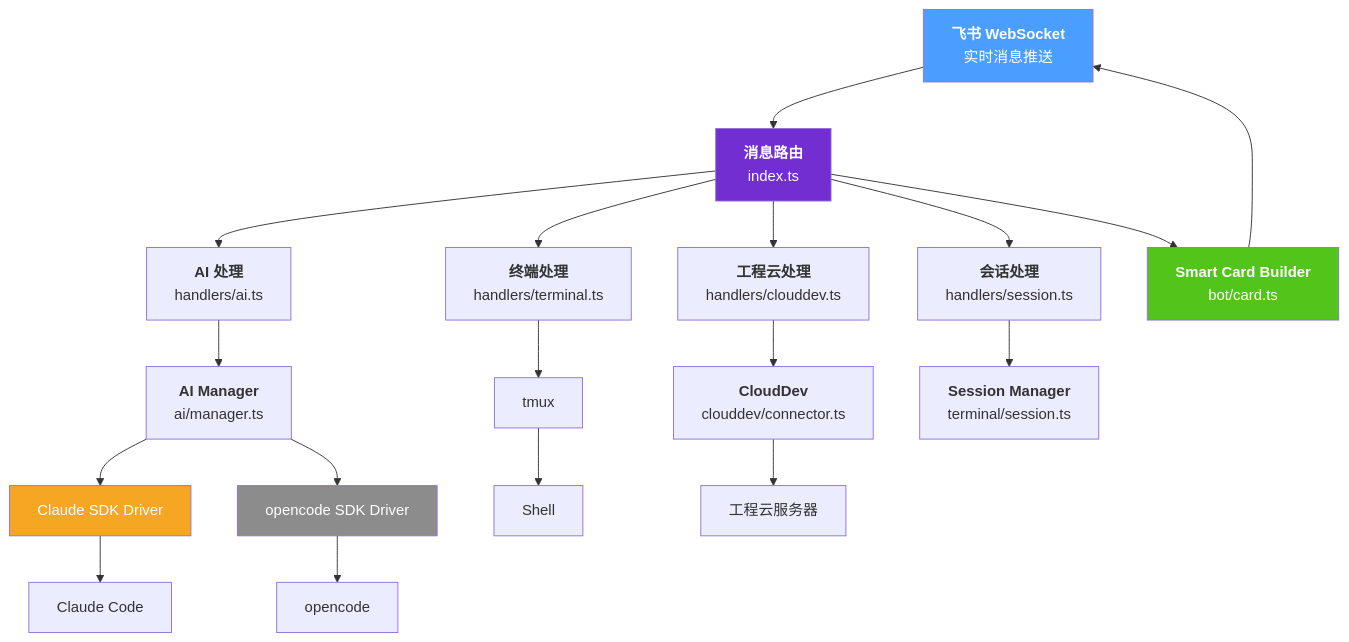
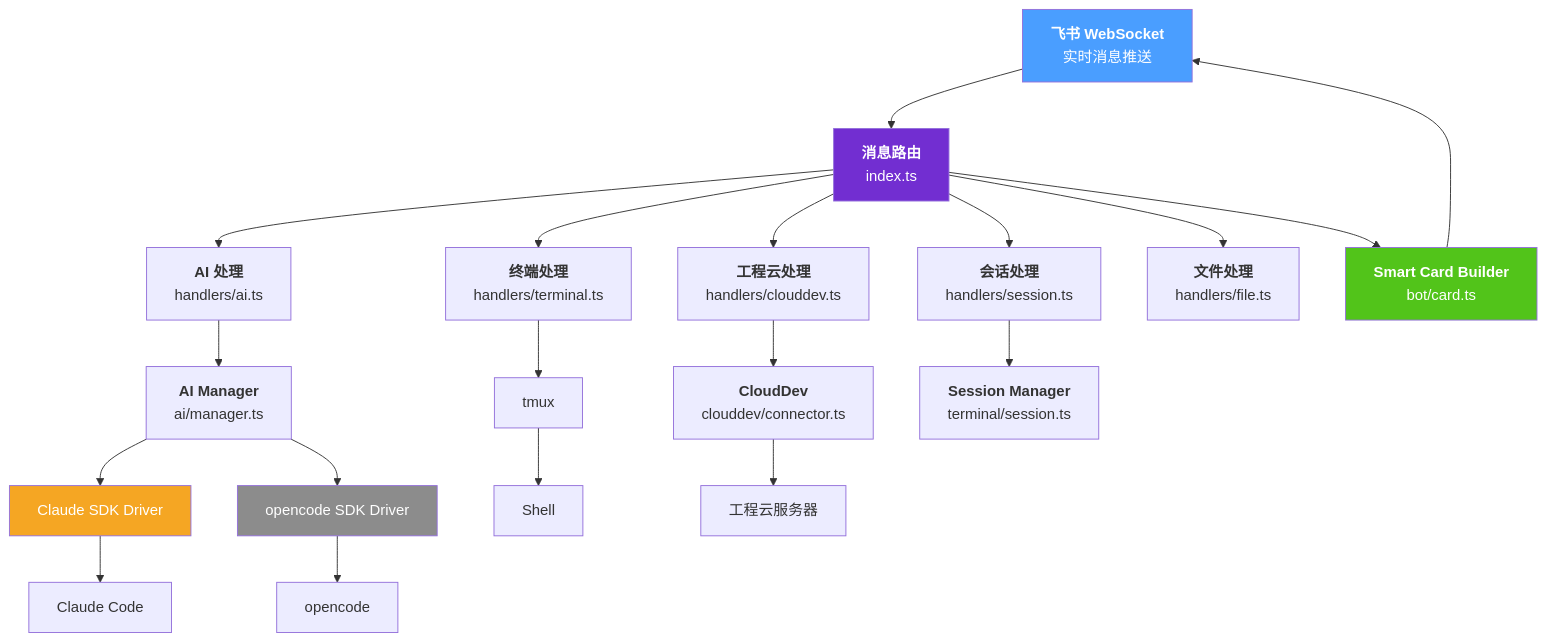
The second of 2 diagrams in README.md (skjjks/Remote-CLI), drawn with Mermaid before and after one commit. The commit also changed other lines of this file and 4 other files, not shown here.

````diff
--- a/README.md
+++ b/README.md
@@ -350,32 +406,33 @@
 ```mermaid
 graph TB
     FS["<b>飞书 WebSocket</b><br/>实时消息推送"] --> Router["<b>消息路由</b><br/>index.ts"]
 
     Router --> TH["<b>终端处理</b><br/>handlers/terminal.ts"]
     Router --> AH["<b>AI 处理</b><br/>handlers/ai.ts"]
     Router --> CH["<b>工程云处理</b><br/>handlers/clouddev.ts"]
     Router --> SH["<b>会话处理</b><br/>handlers/session.ts"]
+    Router --> FH["<b>文件处理</b><br/>handlers/file.ts"]
 
     TH --> TMUX["tmux"]
     AH --> AM["<b>AI Manager</b><br/>ai/manager.ts"]
     CH --> CC["<b>CloudDev</b><br/>clouddev/connector.ts"]
     SH --> SM["<b>Session Manager</b><br/>terminal/session.ts"]
 
     AM --> CD["Claude SDK Driver"]
     AM --> OD["opencode SDK Driver"]
 
     CD --> CLI["Claude Code"]
     OD --> OC["opencode"]
 
     TMUX --> Shell["Shell"]
     CC --> Cloud["工程云服务器"]
 
     Router --> Card["<b>Smart Card Builder</b><br/>bot/card.ts"]
     Card --> FS
 
     style FS fill:#4a9eff,color:#fff
     style Router fill:#722ed1,color:#fff
     style CD fill:#f5a623,color:#fff
     style OD fill:#8c8c8c,color:#fff
     style Card fill:#52c41a,color:#fff
 ```
````
